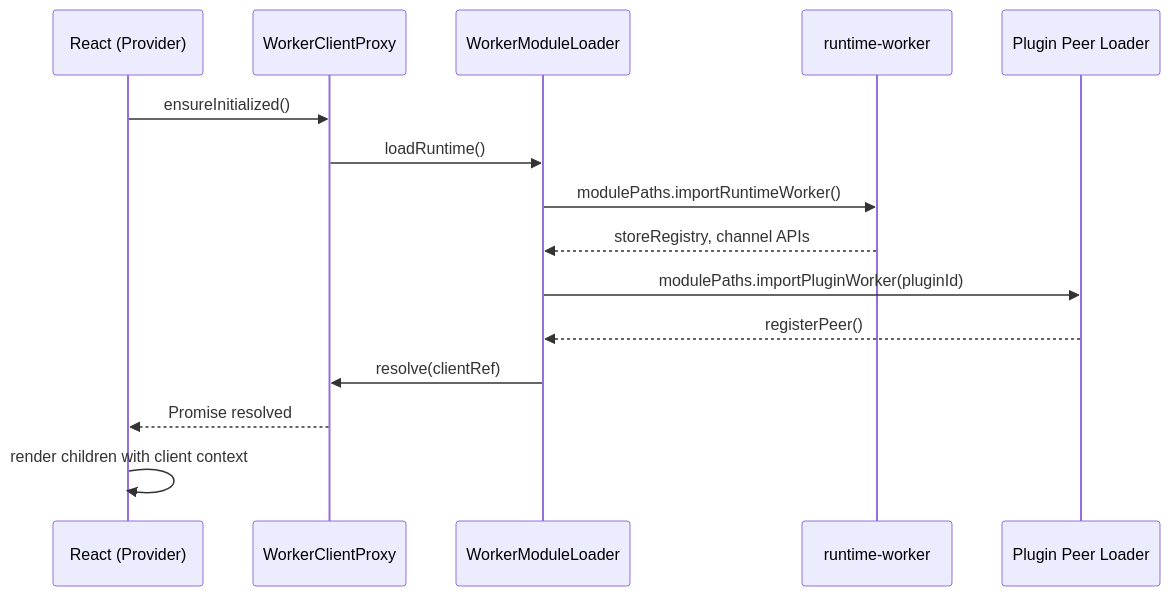
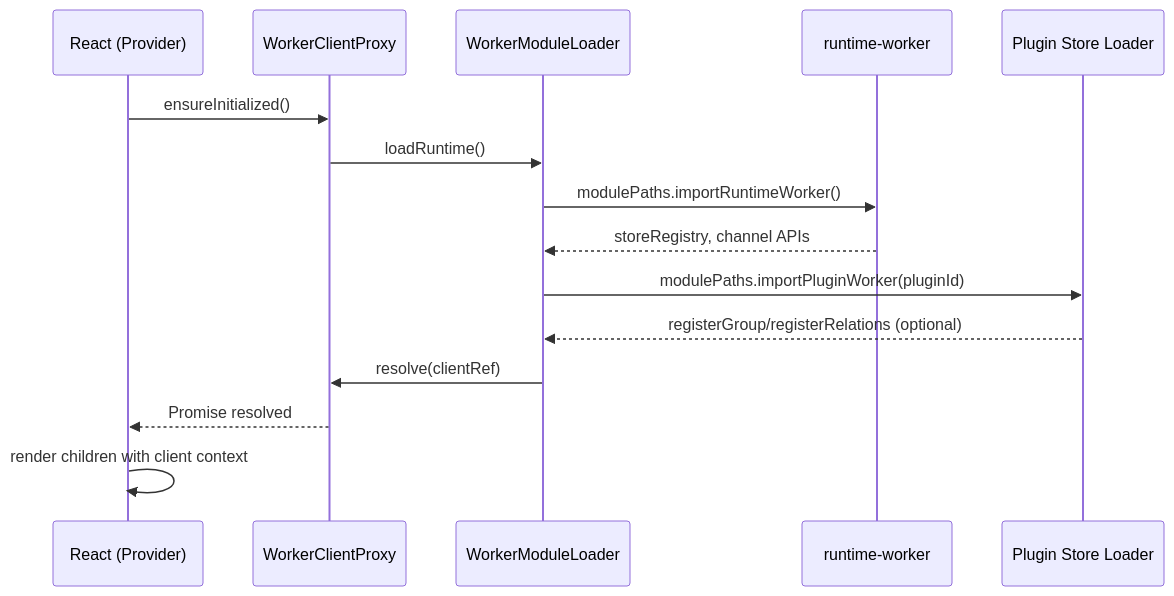
One commit to kubohiroya/hierarchidb changed the third of 7 diagrams in docs/design/worker-dynamic-import-architecture.md. Above: the diagram before and after it, drawn with Mermaid. The commit also changed other lines of this file and 45 other files, not shown here.

Commit message:
refactor: remove PeerStore implementation, update TreeNode data handling across plugins, and standardize country code format normalization using gen-iso3166-2 library

````diff
--- a/docs/design/worker-dynamic-import-architecture.md
+++ b/docs/design/worker-dynamic-import-architecture.md
@@ -96,18 +96,18 @@
 ```mermaid
 sequenceDiagram
     participant UI as React (Provider)
     participant Proxy as WorkerClientProxy
     participant Loader as WorkerModuleLoader
     participant Runtime as runtime-worker
-    participant Plugin as Plugin Peer Loader
+    participant Plugin as Plugin Store Loader
 
     UI->>Proxy: ensureInitialized()
     Proxy->>Loader: loadRuntime()
     Loader->>Runtime: modulePaths.importRuntimeWorker()
     Runtime-->>Loader: storeRegistry, channel APIs
     Loader->>Plugin: modulePaths.importPluginWorker(pluginId)
-    Plugin-->>Loader: registerPeer()
+    Plugin-->>Loader: registerGroup/registerRelations (optional)
     Loader->>Proxy: resolve(clientRef)
     Proxy-->>UI: Promise resolved
     UI->>UI: render children with client context
 ```
````
